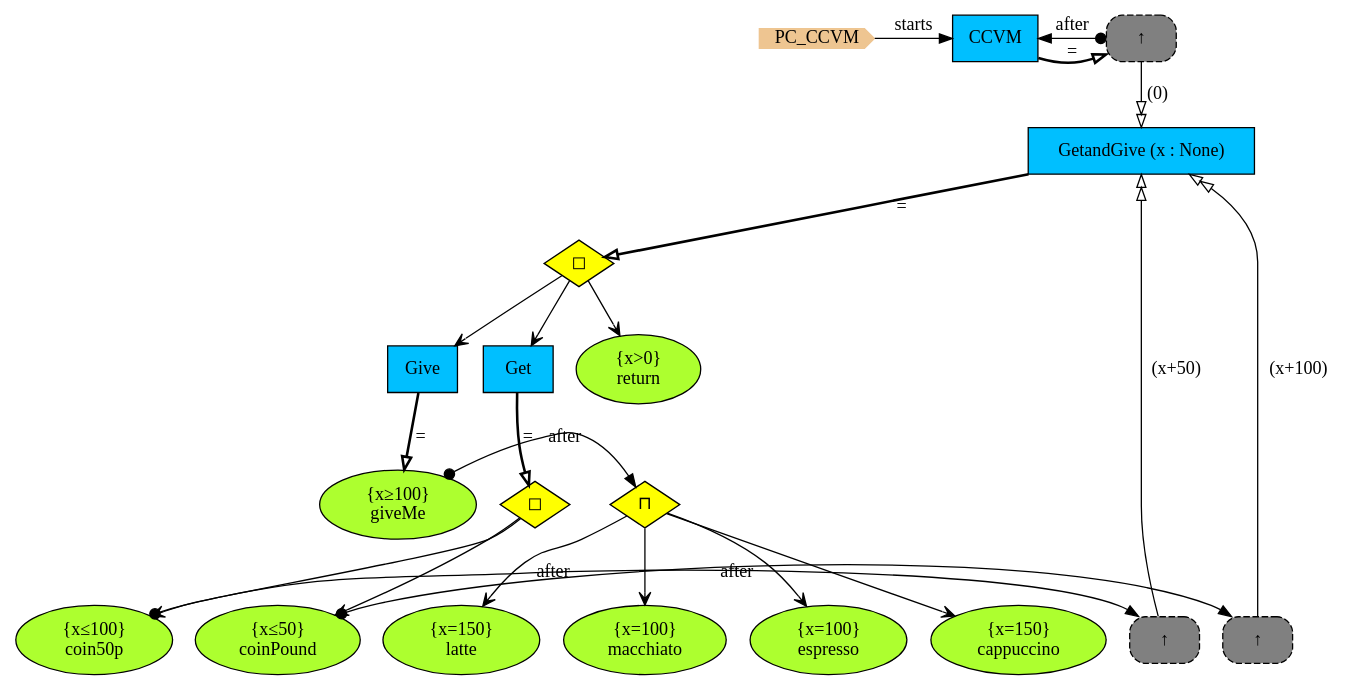
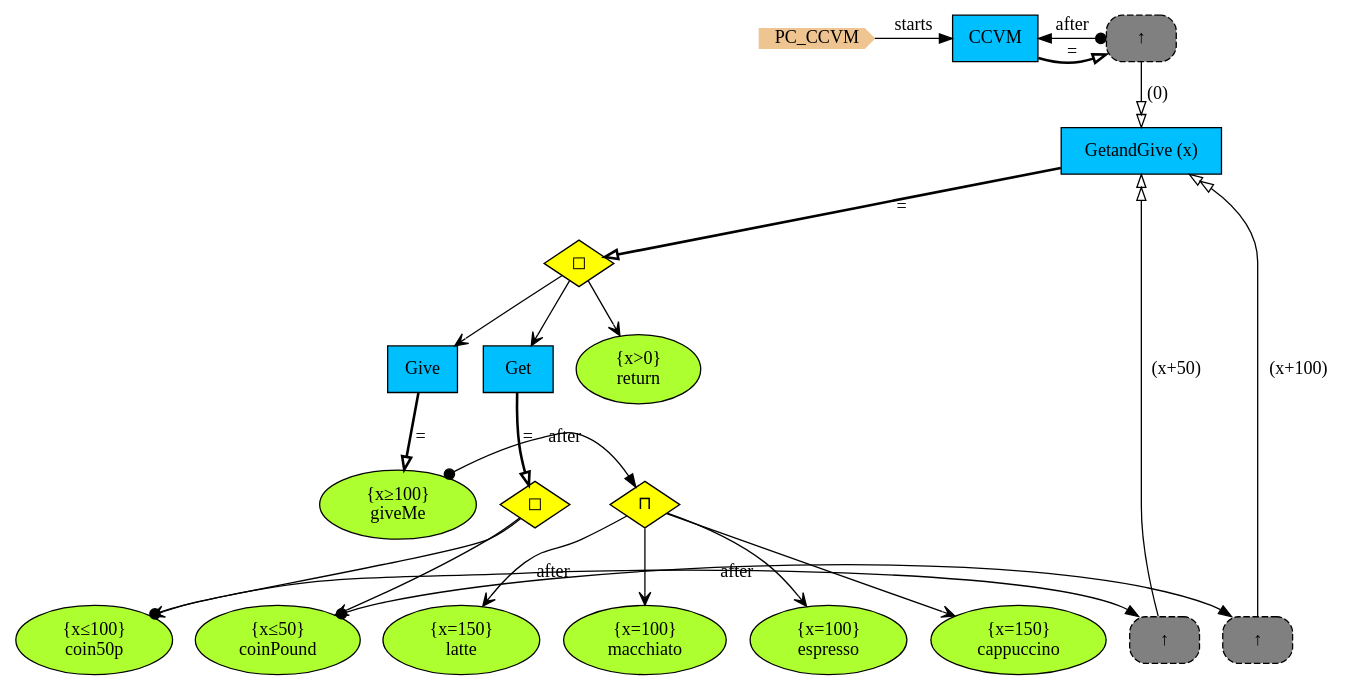
The diagram in Haskell/PCs/Examples/img/PC_CCVM.gv (namalio/Fragmenta), drawn with Graphviz before and after one commit. The commit also changed 55 other files, not shown here.

```diff
--- a/Haskell/PCs/Examples/img/PC_CCVM.gv
+++ b/Haskell/PCs/Examples/img/PC_CCVM.gv
@@ -1,58 +1,58 @@
 digraph {
 
 StartN_ [shape = cds,color=burlywood2,style=filled,height=.2,width=.2, label =PC_CCVM];
 CCVM [shape=box,fillcolor=deepskyblue,style = filled,label="CCVM "];
-GetandGive [shape=box,fillcolor=deepskyblue,style = filled,label="GetandGive (x : None)"];
+GetandGive [shape=box,fillcolor=deepskyblue,style = filled,label="GetandGive (x)"];
 OpGetandGive [shape=diamond,fillcolor=yellow,style=filled,label="◻︎"];
 Get [shape=box,fillcolor=deepskyblue,style = filled,label="Get "];
 return [shape=ellipse,fillcolor=greenyellow,style=filled,label=" {x>0}
 return"];
 espresso [shape=ellipse,fillcolor=greenyellow,style=filled,label=" {x=100}
 espresso"];
 cappuccino [shape=ellipse,fillcolor=greenyellow,style=filled,label=" {x=150}
 cappuccino"];
 coin50p [shape=ellipse,fillcolor=greenyellow,style=filled,label=" {x≤100}
 coin50p"];
 RefGot50p [shape=rectangle,fillcolor=gray,style="rounded,filled,dashed",label="↑ "];
 RefGotPound [shape=rectangle,fillcolor=gray,style="rounded,filled,dashed",label="↑ "];
 coinPound [shape=ellipse,fillcolor=greenyellow,style=filled,label=" {x≤50}
 coinPound"];
 latte [shape=ellipse,fillcolor=greenyellow,style=filled,label=" {x=150}
 latte"];
 macchiato [shape=ellipse,fillcolor=greenyellow,style=filled,label=" {x=100}
 macchiato"];
 OpGive [shape=diamond,fillcolor=yellow,style=filled,label="⊓"];
 OpGet [shape=diamond,fillcolor=yellow,style=filled,label="◻︎"];
 Give [shape=box,fillcolor=deepskyblue,style = filled,label="Give "];
 giveMe [shape=ellipse,fillcolor=greenyellow,style=filled,label=" {x≥100}
 giveMe"];
 RefGetandGive [shape=rectangle,fillcolor=gray,style="rounded,filled,dashed",label="↑ "];
 
+{rank=same;RefGotPound,coinPound}
+{rank=same;OpGive,giveMe}
+{rank=same;CCVM,RefGetandGive}
 {rank=same;RefGot50p,coin50p}
-{rank=same;CCVM,RefGetandGive}
-{rank=same;OpGive,giveMe}
-{rank=same;RefGotPound,coinPound}
 {rank=same;CCVM,StartN_}
 
 coinPound->RefGotPound[arrowtail=dot,dir=both,label="after"];
 RefGotPound->GetandGive[arrowhead="normalnormal",fillcolor=white,label=" (x+100)"];
 OpGet->coinPound[arrowhead="open"];
 OpGive->latte[arrowhead="open"];
 OpGive->macchiato[arrowhead="open"];
 giveMe->OpGive[arrowtail=dot,dir=both,label="after"];
 OpGetandGive->Give[arrowhead="open"];
 RefGetandGive->CCVM[arrowtail=dot,dir=both,label="after"];
 RefGetandGive->GetandGive[arrowhead="normalnormal",fillcolor=white,label=" (0)"];
 OpGetandGive->Get[arrowhead="open"];
 OpGetandGive->return[arrowhead="open"];
 OpGive->espresso[arrowhead="open"];
 OpGive->cappuccino[arrowhead="open"];
 OpGet->coin50p[arrowhead="open"];
 RefGot50p->GetandGive[arrowhead="normalnormal",fillcolor=white,label=" (x+50)"];
 coin50p->RefGot50p[arrowtail=dot,dir=both,label="after"];
 CCVM->RefGetandGive[arrowhead="onormal",penwidth=2,label="="];
 GetandGive->OpGetandGive[arrowhead="onormal",penwidth=2,label="="];
 Get->OpGet[arrowhead="onormal",penwidth=2,label="="];
 Give->giveMe[arrowhead="onormal",penwidth=2,label="="];
 StartN_->CCVM[label="starts"];
 }
```
